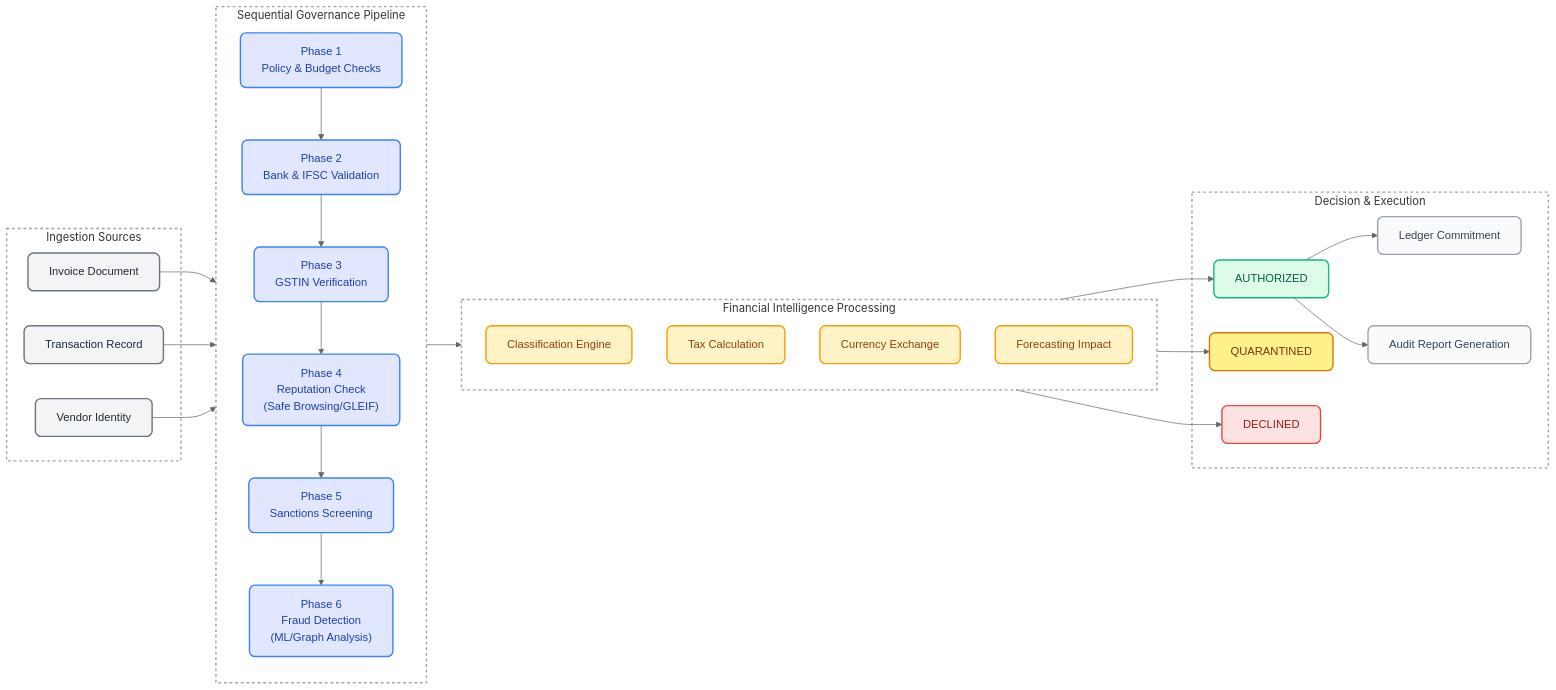
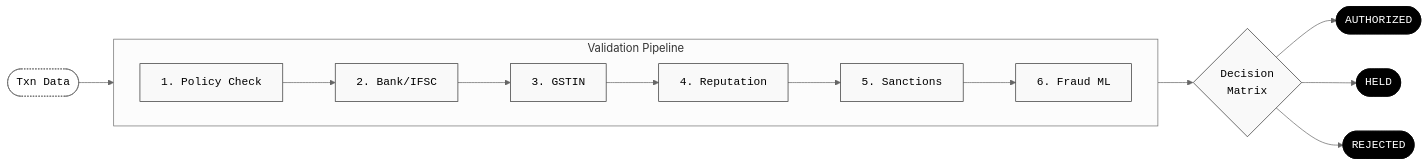
One commit to guglxni/VyapaarClaw changed the third of 4 diagrams in docs/ARCHITECTURE.md. Above: the diagram before and after it, drawn with Mermaid (neutral theme). The commit also changed other lines of this file and 8 other files, not shown here.

Commit message:
docs: redesign diagrams to be scientific and compact

````diff
--- a/docs/ARCHITECTURE.md
+++ b/docs/ARCHITECTURE.md
@@ -208,61 +117,23 @@
 ```mermaid
-flowchart LR
-    %% Professional Pipeline Styling
-    classDef default fill:#FFFFFF,stroke:#333333,stroke-width:2px,color:#333333,font-family:sans-serif;
-    classDef input fill:#F3F4F6,stroke:#6B7280,color:#1F2937,rx:8,ry:8,stroke-width:2px;
-    classDef pipeline fill:#E0E7FF,stroke:#3B82F6,color:#1E40AF,rx:8,ry:8,stroke-width:2px;
-    classDef intel fill:#FEF3C7,stroke:#F59E0B,color:#92400E,rx:8,ry:8,stroke-width:2px;
-    classDef approve fill:#DCFCE7,stroke:#10B981,color:#065F46,rx:8,ry:8,stroke-width:2px;
-    classDef hold fill:#FEF08A,stroke:#D97706,color:#78350F,rx:8,ry:8,stroke-width:2px;
-    classDef reject fill:#FEE2E2,stroke:#EF4444,color:#991B1B,rx:8,ry:8,stroke-width:2px;
-    classDef output fill:#F8FAFC,stroke:#9CA3AF,color:#374151,rx:8,ry:8,stroke-width:2px;
-    classDef boundary fill:none,stroke:#9CA3AF,stroke-width:2px,stroke-dasharray: 4 4;
+graph LR
+    %% Scientific Sequential Pipeline
+    classDef data fill:#fff,stroke:#666,stroke-width:1px,stroke-dasharray: 2 2,font-family:monospace;
+    classDef phase fill:#f9f9f9,stroke:#333,stroke-width:1px,font-family:monospace;
+    classDef terminal fill:#000,stroke:#000,color:#fff,font-family:monospace;
 
-    subgraph InputBoundary[Ingestion Sources]
-        INV["Invoice Document"]:::input
-        TXN["Transaction Record"]:::input
-        VENDOR["Vendor Identity"]:::input
+    Input(["Txn Data"]):::data --> P1
+    
+    subgraph Pipeline ["Validation Pipeline"]
+        direction LR
+        P1["1. Policy Check"]:::phase --> P2["2. Bank/IFSC"]:::phase
+        P2 --> P3["3. GSTIN"]:::phase
+        P3 --> P4["4. Reputation"]:::phase
+        P4 --> P5["5. Sanctions"]:::phase
+        P5 --> P6["6. Fraud ML"]:::phase
     end
-
-    subgraph PipelineBoundary[Sequential Governance Pipeline]
-        direction TB
-        P1["Phase 1<br/>Policy & Budget Checks"]:::pipeline
-        P2["Phase 2<br/>Bank & IFSC Validation"]:::pipeline
-        P3["Phase 3<br/>GSTIN Verification"]:::pipeline
-        P4["Phase 4<br/>Reputation Check<br/>(Safe Browsing/GLEIF)"]:::pipeline
-        P5["Phase 5<br/>Sanctions Screening"]:::pipeline
-        P6["Phase 6<br/>Fraud Detection<br/>(ML/Graph Analysis)"]:::pipeline
-        
-        P1 --> P2 --> P3 --> P4 --> P5 --> P6
-    end
-
-    subgraph CFOBoundary[Financial Intelligence Processing]
-        direction TB
-        CAT["Classification Engine"]:::intel
-        GST["Tax Calculation"]:::intel
-        FX2["Currency Exchange"]:::intel
-        FORE["Forecasting Impact"]:::intel
-    end
-
-    subgraph ResolutionBoundary[Decision & Execution]
-        APR["AUTHORIZED"]:::approve
-        HLD["QUARANTINED"]:::hold
-        REJ["DECLINED"]:::reject
-        LED2["Ledger Commitment"]:::output
-        RPT2["Audit Report Generation"]:::output
-    end
-
-    INV --> PipelineBoundary
-    TXN --> PipelineBoundary
-    VENDOR --> PipelineBoundary
     
-    PipelineBoundary --> CFOBoundary
-    CFOBoundary --> APR
-    CFOBoundary --> HLD
-    CFOBoundary --> REJ
-    
-    APR --> LED2
-    APR --> RPT2
-
-    class InputBoundary,PipelineBoundary,CFOBoundary,ResolutionBoundary boundary
+    P6 --> Eval{"Decision<br/>Matrix"}:::phase
+    Eval --> A(["AUTHORIZED"]):::terminal
+    Eval --> H(["HELD"]):::terminal
+    Eval --> R(["REJECTED"]):::terminal
 ```
````
